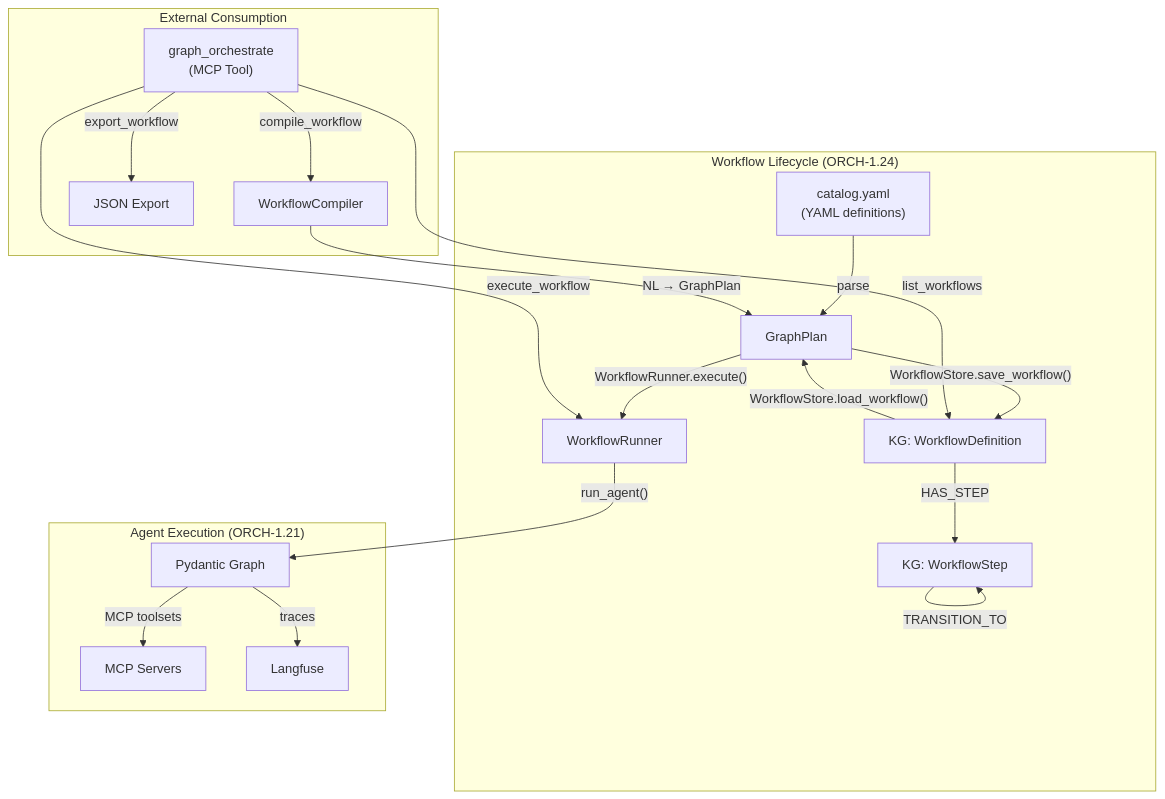
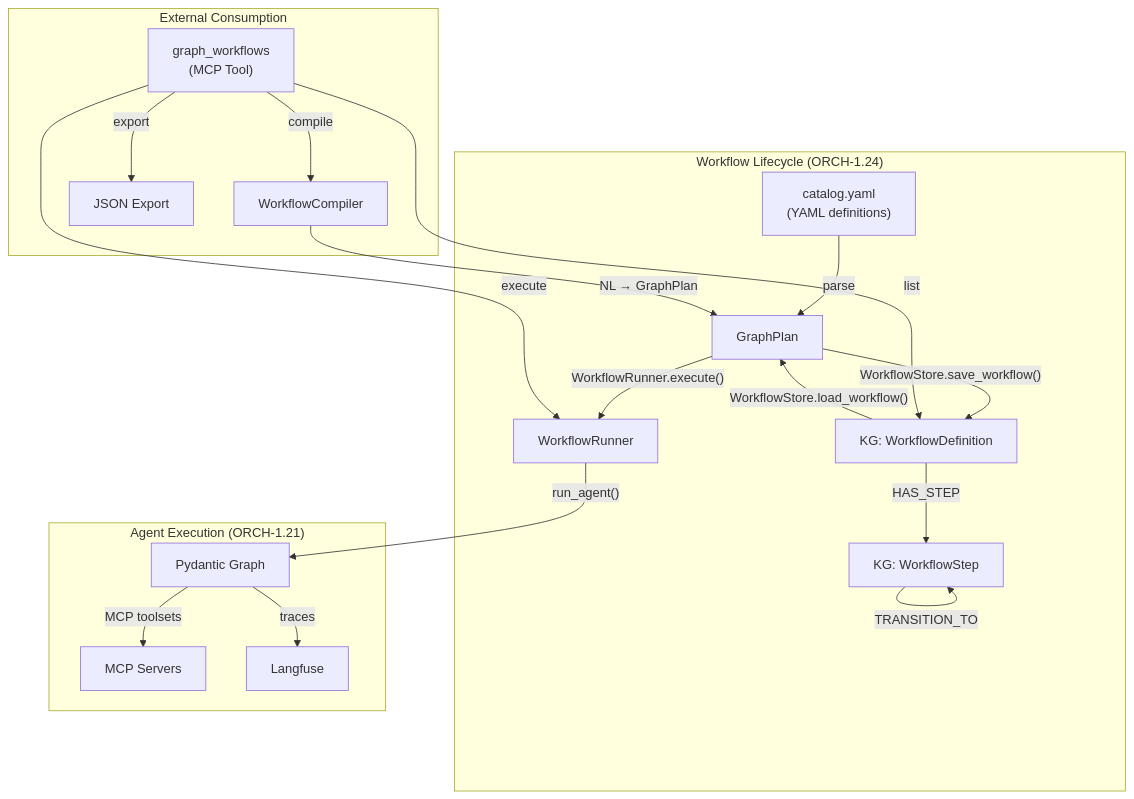
The diagram in docs/examples/mcp-orchestration-examples.md (Knuckles-Team/agent-utilities), drawn with Mermaid before and after one commit. The commit also changed other lines of this file and 3818 other files, not shown here.

````diff
--- a/docs/examples/mcp-orchestration-examples.md
+++ b/docs/examples/mcp-orchestration-examples.md
@@ -7,25 +7,25 @@
 ```mermaid
 graph TB
     subgraph "Workflow Lifecycle (ORCH-1.24)"
         A["catalog.yaml<br/>(YAML definitions)"] -->|"parse"| C["GraphPlan"]
         C -->|"WorkflowStore.save_workflow()"| D["KG: WorkflowDefinition"]
         D -->|"HAS_STEP"| E["KG: WorkflowStep"]
         E -->|"TRANSITION_TO"| E
         C -->|"WorkflowRunner.execute()"| F["WorkflowRunner"]
         D -->|"WorkflowStore.load_workflow()"| C
     end
 
     subgraph "Agent Execution (ORCH-1.21)"
         F -->|"run_agent()"| G["Pydantic Graph"]
         G -->|"MCP toolsets"| H["MCP Servers"]
         G -->|"traces"| I["Langfuse"]
     end
 
     subgraph "External Consumption"
-        J["graph_orchestrate<br/>(MCP Tool)"] -->|"list_workflows"| D
-        J -->|"execute_workflow"| F
-        J -->|"compile_workflow"| K["WorkflowCompiler"]
-        J -->|"export_workflow"| L["JSON Export"]
+        J["graph_workflows<br/>(MCP Tool)"] -->|"list"| D
+        J -->|"execute"| F
+        J -->|"compile"| K["WorkflowCompiler"]
+        J -->|"export"| L["JSON Export"]
         K -->|"NL → GraphPlan"| C
     end
 ```
````
